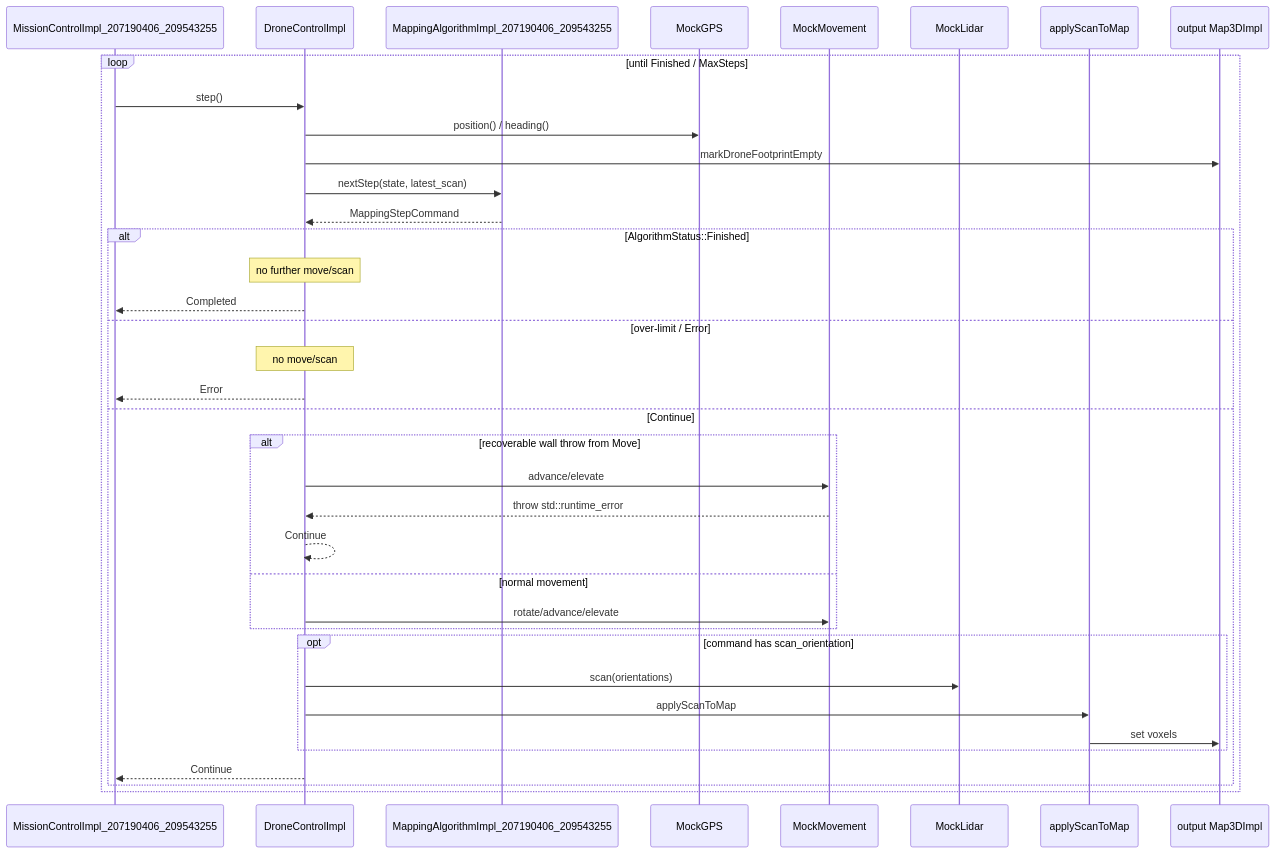
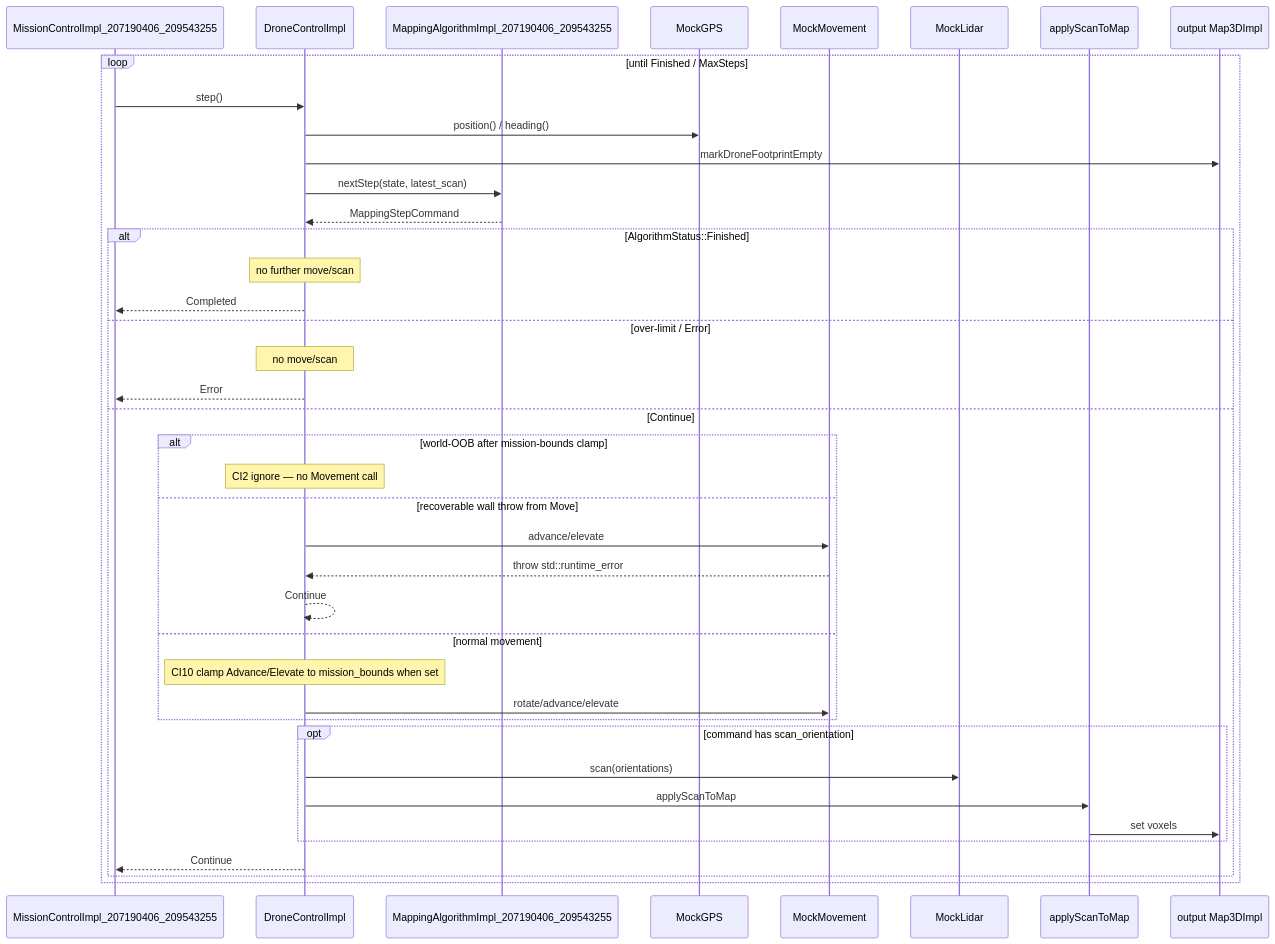
The third of 3 diagrams in docs/HLD.md (Sagi154/Drone-Mapper-ex3), drawn with Mermaid before and after one commit. The commit also changed other lines of this file and 5 other files, not shown here.

````diff
--- a/docs/HLD.md
+++ b/docs/HLD.md
@@ -463,40 +466,43 @@
 ```mermaid
 sequenceDiagram
     participant MC as MissionControlImpl_207190406_209543255
     participant DC as DroneControlImpl
     participant Algo as MappingAlgorithmImpl_207190406_209543255
     participant GPS as MockGPS
     participant Move as MockMovement
     participant Lidar as MockLidar
     participant SR as applyScanToMap
     participant Map as output Map3DImpl
 
     loop until Finished / MaxSteps
         MC->>DC: step()
         DC->>GPS: position() / heading()
         DC->>Map: markDroneFootprintEmpty
         DC->>Algo: nextStep(state, latest_scan)
         Algo-->>DC: MappingStepCommand
         alt AlgorithmStatus::Finished
             Note over DC: no further move/scan
             DC-->>MC: Completed
         else over-limit / Error
             Note over DC: no move/scan
             DC-->>MC: Error
         else Continue
-            alt recoverable wall throw from Move
+            alt world-OOB after mission-bounds clamp
+                Note over DC: CI2 ignore — no Movement call
+            else recoverable wall throw from Move
                 DC->>Move: advance/elevate
                 Move-->>DC: throw std::runtime_error
                 DC-->>DC: Continue
             else normal movement
+                Note over DC: CI10 clamp Advance/Elevate to mission_bounds when set
                 DC->>Move: rotate/advance/elevate
             end
             opt command has scan_orientation
                 DC->>Lidar: scan(orientations)
                 DC->>SR: applyScanToMap
                 SR->>Map: set voxels
             end
             DC-->>MC: Continue
         end
     end
 ```
````
